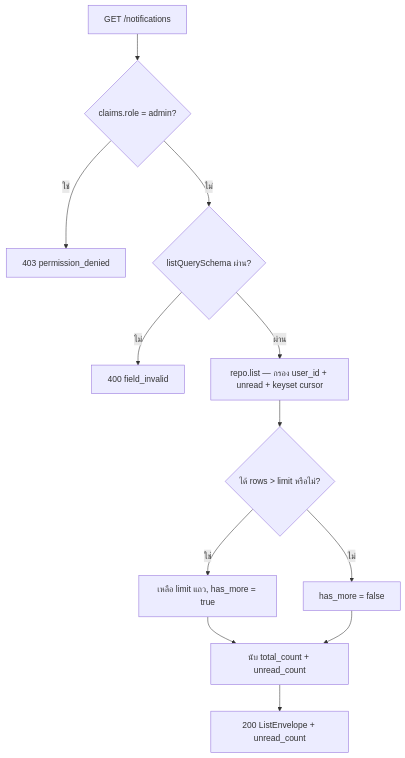
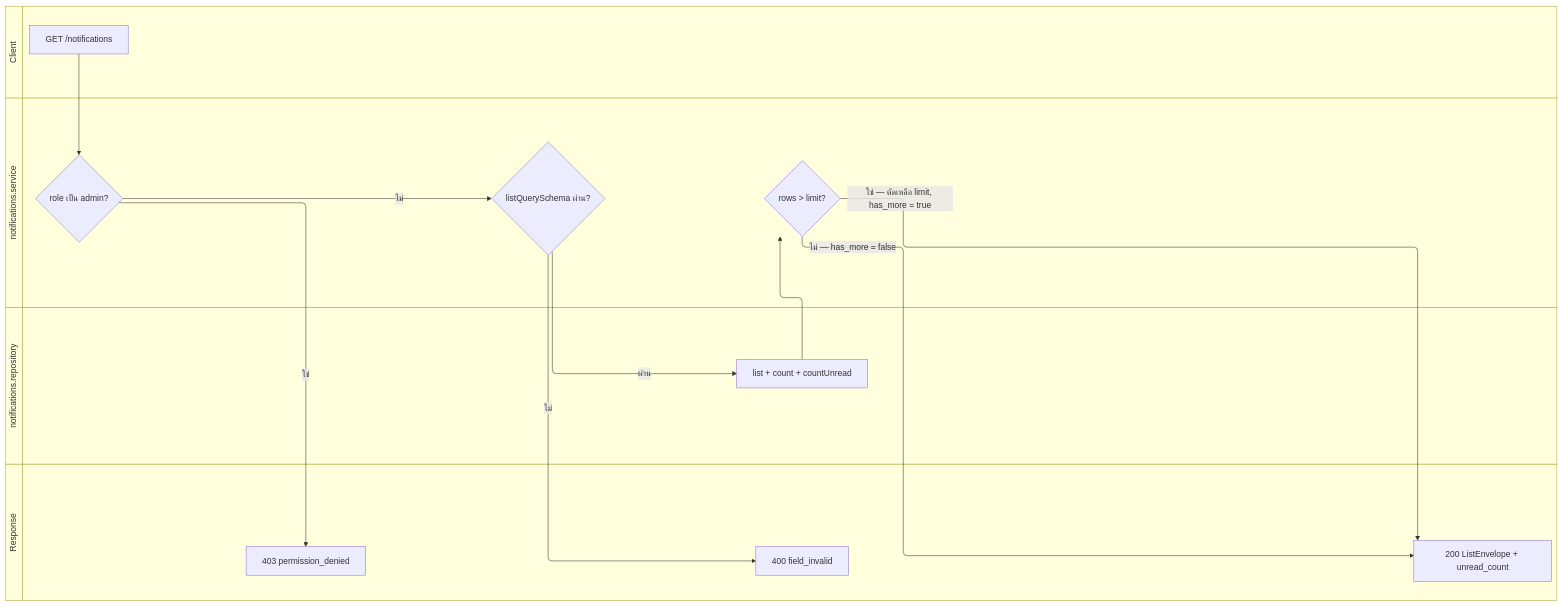
One commit to Open-Science-and-Data-management/Backend changed the first of 2 diagrams in src/features/notifications/README.md. Above: the diagram before and after it, drawn with Mermaid. The commit also changed other lines of this file and 20 other files, not shown here.

````diff
--- a/src/features/notifications/README.md
+++ b/src/features/notifications/README.md
@@ -86,14 +137,27 @@
 ```mermaid
-flowchart TD
-    A["GET /notifications"] --> B{"claims.role = admin?"}
-    B -- "ใช่" --> C["403 permission_denied"]
-    B -- "ไม่" --> D{"listQuerySchema ผ่าน?"}
-    D -- "ไม่" --> E["400 field_invalid"]
-    D -- "ผ่าน" --> F["repo.list — กรอง user_id + unread + keyset cursor"]
-    F --> G{"ได้ rows > limit หรือไม่?"}
-    G -- "ใช่" --> H["เหลือ limit แถว, has_more = true"]
-    G -- "ไม่" --> I["has_more = false"]
-    H --> J["นับ total_count + unread_count"]
-    I --> J
-    J --> K["200 ListEnvelope + unread_count"]
+swimlane-beta LR
+    subgraph client [Client]
+        A[GET /notifications]
+    end
+    subgraph svc [notifications.service]
+        B{role เป็น admin?}
+        C{listQuerySchema ผ่าน?}
+        D{rows > limit?}
+    end
+    subgraph repo [notifications.repository]
+        E[list + count + countUnread]
+    end
+    subgraph res [Response]
+        F[403 permission_denied]
+        G[400 field_invalid]
+        H[200 ListEnvelope + unread_count]
+    end
+    A --> B
+    B -->|ใช่| F
+    B -->|ไม่| C
+    C -->|ไม่| G
+    C -->|ผ่าน| E
+    E --> D
+    D -->|ใช่ — ตัดเหลือ limit, has_more = true| H
+    D -->|ไม่ — has_more = false| H
 ```
````
